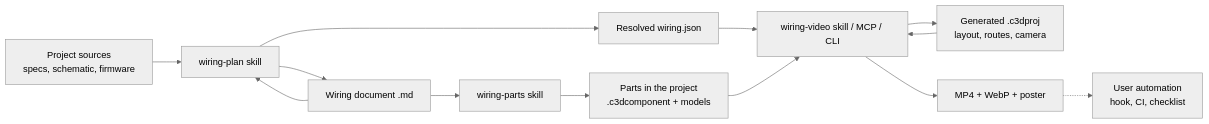
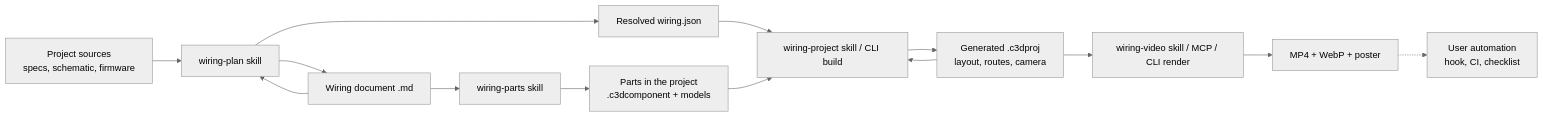
Before and after one commit to docteurzoidberg/circuit-studio-agent-kit: the diagram in PLAN.md, drawn with Mermaid (neutral theme). The commit also changed other lines of this file and 6 other files, not shown here.

First line of the commit message:
Add the wiring-project step and order the commands by step

````diff
--- a/PLAN.md
+++ b/PLAN.md
@@ -43,15 +45,16 @@
 ```mermaid
 flowchart LR
   SRC[Project sources<br/>specs, schematic, firmware] --> A[wiring-plan skill]
   A --> DOC[Wiring document .md]
   DOC --> A
   A --> JSON[Resolved wiring.json]
   DOC --> B[wiring-parts skill]
   B --> PARTS[Parts in the project<br/>.c3dcomponent + models]
-  JSON --> C[wiring-video skill / MCP / CLI]
-  PARTS --> C
-  C --> PROJ[Generated .c3dproj<br/>layout, routes, camera]
-  PROJ --> C
+  JSON --> P[wiring-project skill / CLI build]
+  PARTS --> P
+  P --> PROJ[Generated .c3dproj<br/>layout, routes, camera]
+  PROJ --> P
+  PROJ --> C[wiring-video skill / MCP / CLI render]
   C --> OUT[MP4 + WebP + poster]
   OUT -.-> AUTO[User automation<br/>hook, CI, checklist]
 ```
````
